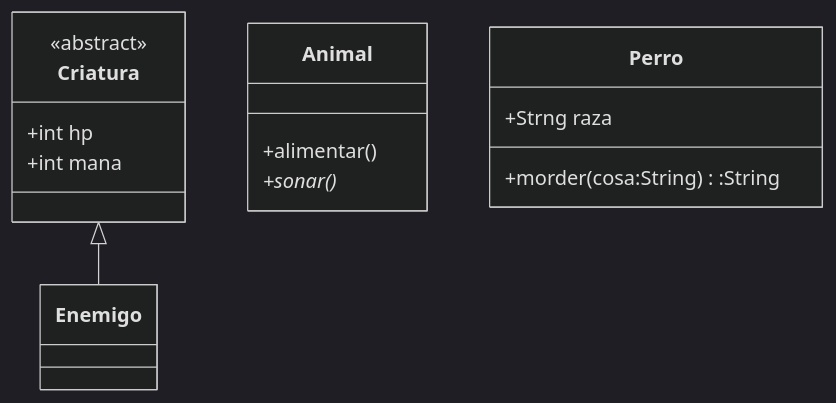
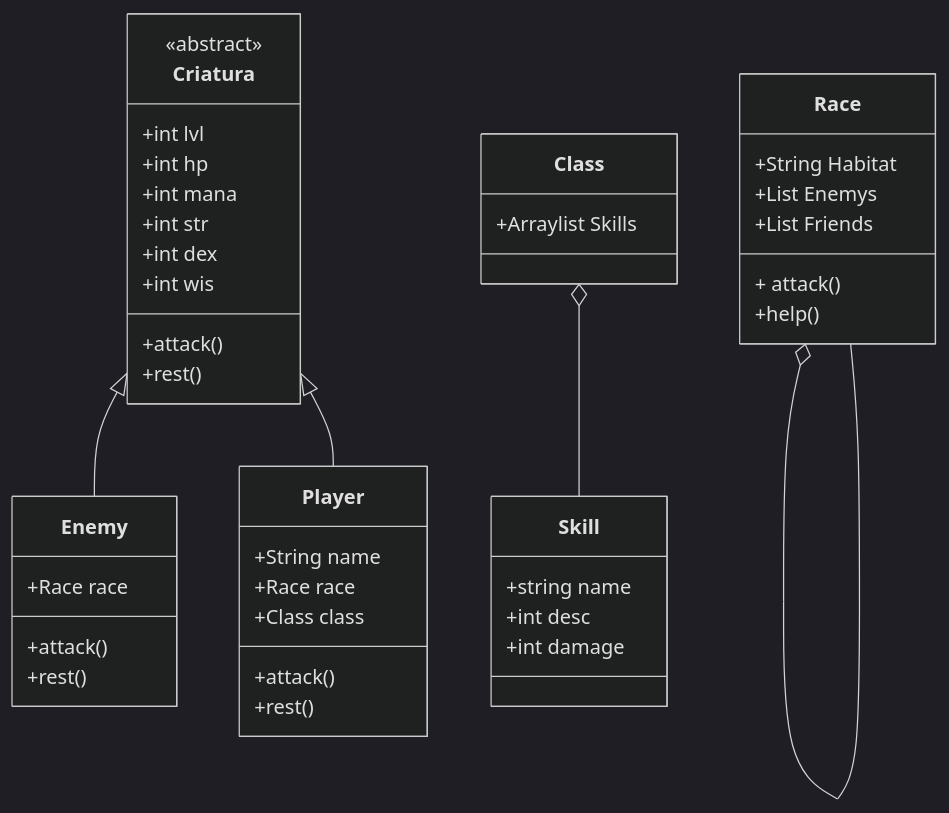
One commit to aarricgra/UML changed the diagram in README.md. Above: the diagram before and after it, drawn with Mermaid (dark theme). The commit also changed other lines of this file, not shown here.

````diff
--- a/README.md
+++ b/README.md
@@ -33,15 +7,49 @@
 ```mermaid
 classDiagram
 class Criatura{
-+int hp
-+int mana
+  +int lvl
+  +int hp
+  +int mana
+  +int str
+  +int dex
+  +int wis
 }
 <<abstract>> Criatura
-Criatura <|-- Enemigo
-Animal: +alimentar()
-Animal: +sonar()*
-class Perro{
-  +Strng raza
-  +morder(cosa:String):String
- }
+Criatura <|-- Enemy
+Criatura <|-- Player
+Criatura: +attack()
+Criatura: +rest()
+
+class Class{
+  +Arraylist<Skill> Skills
+}
+Class o-- Skill
+class Skill{
+  +string name
+  +int desc
+  +int damage
+}
+
+class Race{
+  +String Habitat
+  +List<Race> Enemys
+  +List<Race> Friends
+}
+Race: + attack()
+Race: +help()
+Race o-- Race
+
+class Player{
+  +String name
+  +Race race
+  +Class class
+  +attack()
+  +rest()
+}
+
+class Enemy{
+  +Race race
+  +attack()
+  +rest()
+}
 ```
````
